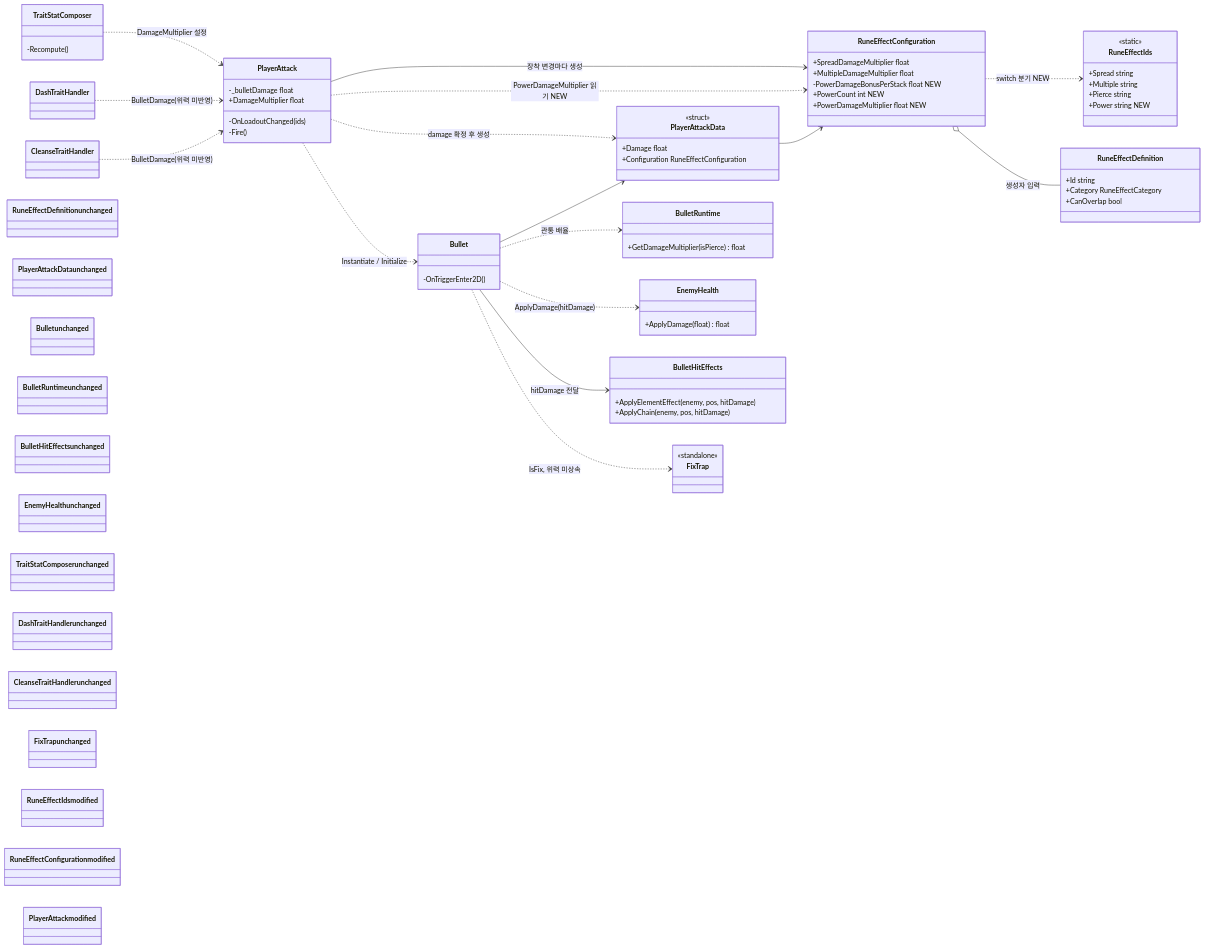
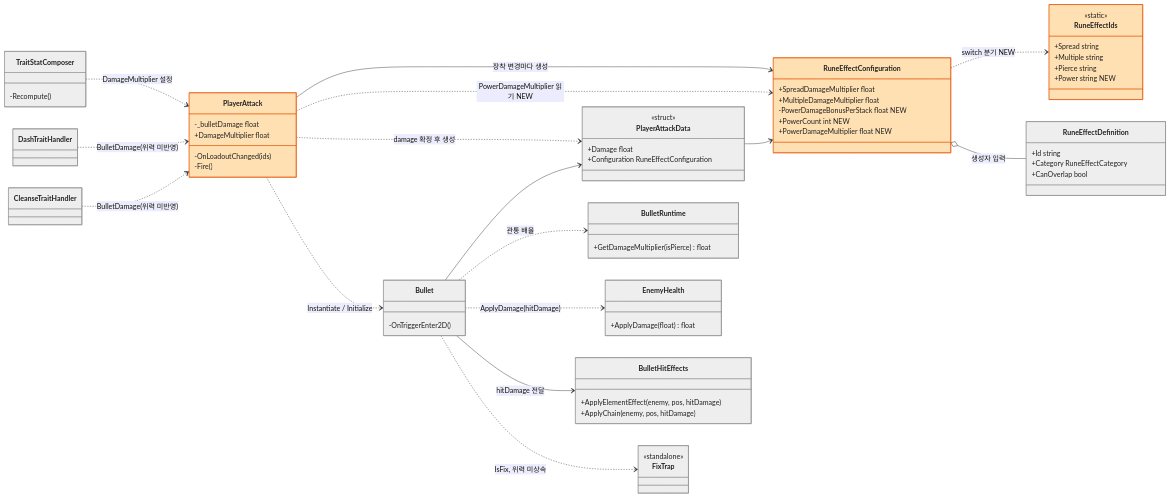
One commit to qlsk/RunWeaver-Portfolio changed the first of 2 diagrams in Docs/Architecture/RuneSystem/PowerRune.md. Above: the diagram before and after it, drawn with Mermaid. The commit also changed 1 other file, not shown here.

Commit message:
docs: 가속 룬 기술 설계 문서 추가
- 가속 룬 클래스·시퀀스 다이어그램과 구현 절차, 검증 시나리오를 정리한다.
- 위력 룬 다이어그램의 클래스 스타일을 호환되는 style 문장으로 수정한다.

````diff
--- a/Docs/Architecture/RuneSystem/PowerRune.md
+++ b/Docs/Architecture/RuneSystem/PowerRune.md
@@ -115,19 +115,17 @@
     CleanseTraitHandler ..> PlayerAttack : BulletDamage(위력 미반영)
     Bullet ..> FixTrap : IsFix, 위력 미상속
 
-    classDef unchanged fill:#eeeeee,stroke:#888,color:#222
-    classDef modified fill:#ffe0b2,stroke:#e65100,color:#222
-    class RuneEffectDefinition unchanged
-    class PlayerAttackData unchanged
-    class Bullet unchanged
-    class BulletRuntime unchanged
-    class BulletHitEffects unchanged
-    class EnemyHealth unchanged
-    class TraitStatComposer unchanged
-    class DashTraitHandler unchanged
-    class CleanseTraitHandler unchanged
-    class FixTrap unchanged
-    class RuneEffectIds modified
-    class RuneEffectConfiguration modified
-    class PlayerAttack modified
+    style RuneEffectDefinition fill:#eeeeee,stroke:#888,color:#222
+    style PlayerAttackData fill:#eeeeee,stroke:#888,color:#222
+    style Bullet fill:#eeeeee,stroke:#888,color:#222
+    style BulletRuntime fill:#eeeeee,stroke:#888,color:#222
+    style BulletHitEffects fill:#eeeeee,stroke:#888,color:#222
+    style EnemyHealth fill:#eeeeee,stroke:#888,color:#222
+    style TraitStatComposer fill:#eeeeee,stroke:#888,color:#222
+    style DashTraitHandler fill:#eeeeee,stroke:#888,color:#222
+    style CleanseTraitHandler fill:#eeeeee,stroke:#888,color:#222
+    style FixTrap fill:#eeeeee,stroke:#888,color:#222
+    style RuneEffectIds fill:#ffe0b2,stroke:#e65100,color:#222
+    style RuneEffectConfiguration fill:#ffe0b2,stroke:#e65100,color:#222
+    style PlayerAttack fill:#ffe0b2,stroke:#e65100,color:#222
 ```
````
